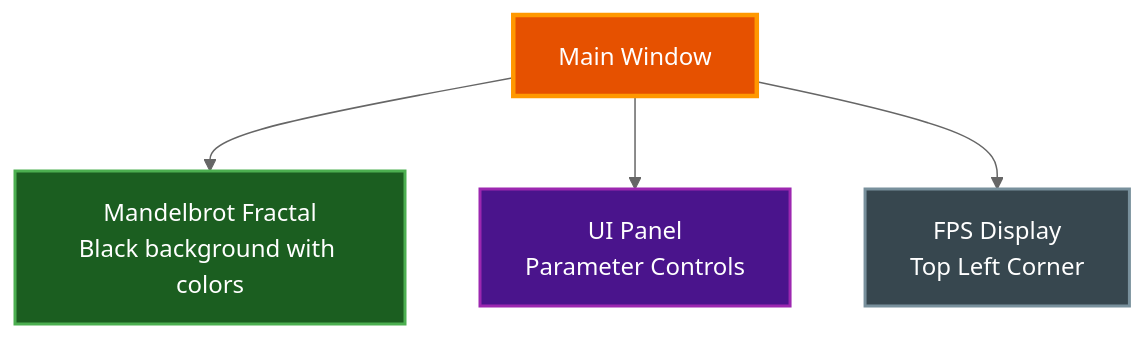
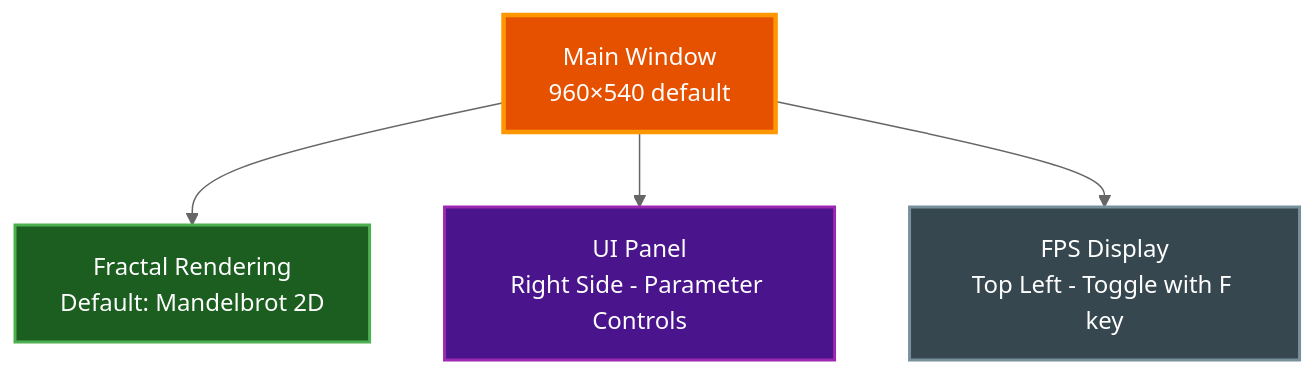
The diagram in docs/QUICKSTART.md (paulrobello/par-fractal), drawn with Mermaid (neutral theme) before and after one commit. The commit also changed other lines of this file and 33 other files, not shown here.

````diff
--- a/docs/QUICKSTART.md
+++ b/docs/QUICKSTART.md
@@ -122,16 +122,16 @@
 ```mermaid
 graph TD
-    Window[Main Window]
-    Fractal[Mandelbrot Fractal<br/>Black background with colors]
-    UI[UI Panel<br/>Parameter Controls]
-    FPS[FPS Display<br/>Top Left Corner]
+    Window[Main Window<br/>960×540 default]
+    Fractal[Fractal Rendering<br/>Default: Mandelbrot 2D]
+    UI[UI Panel<br/>Right Side - Parameter Controls]
+    FPS[FPS Display<br/>Top Left - Toggle with F key]
 
     Window --> Fractal
     Window --> UI
     Window --> FPS
 
     style Window fill:#e65100,stroke:#ff9800,stroke-width:3px,color:#ffffff
     style Fractal fill:#1b5e20,stroke:#4caf50,stroke-width:2px,color:#ffffff
     style UI fill:#4a148c,stroke:#9c27b0,stroke-width:2px,color:#ffffff
     style FPS fill:#37474f,stroke:#78909c,stroke-width:2px,color:#ffffff
 ```
````
